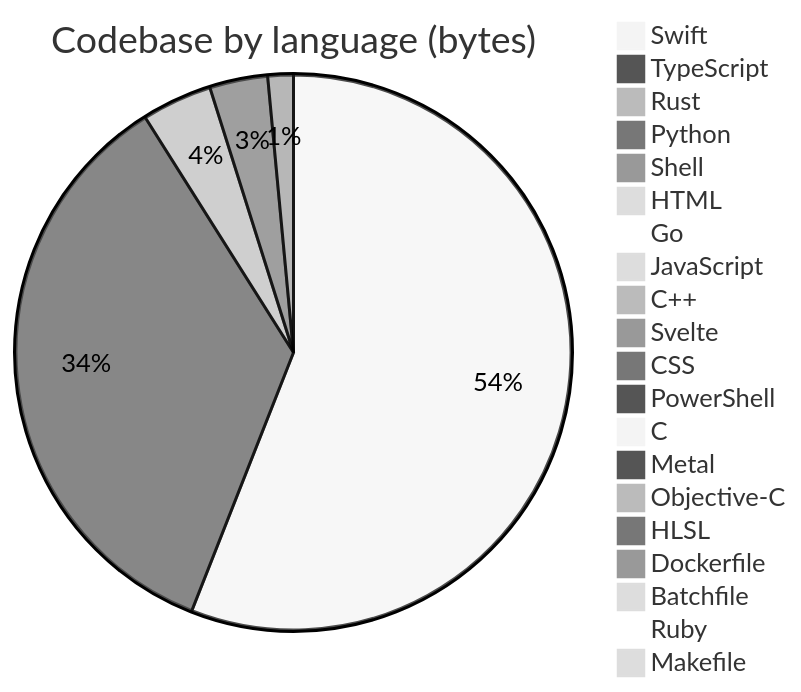
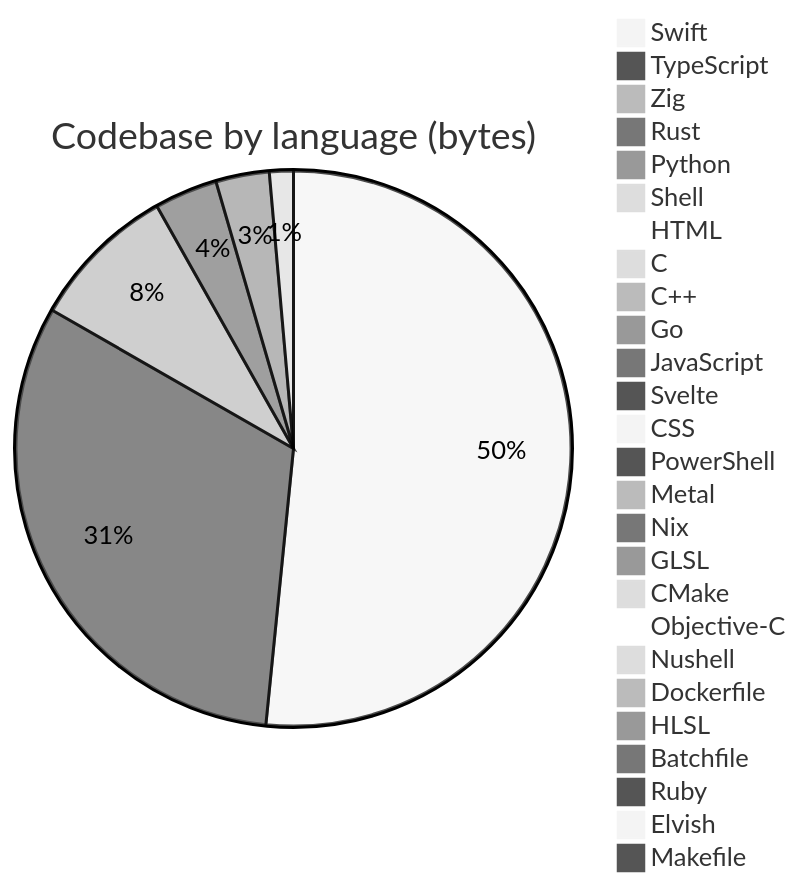
One commit to Open330/.github changed the diagram in profile/README.md. Above: the diagram before and after it, drawn with Mermaid (neutral theme). The commit also changed other lines of this file, not shown here.

````diff
--- a/profile/README.md
+++ b/profile/README.md
@@ -137,23 +144,29 @@
 ```mermaid
 pie title Codebase by language (bytes)
-    "Swift" : 59664735
-    "TypeScript" : 37382156
+    "Swift" : 61358059
+    "TypeScript" : 37696524
+    "Zig" : 10170181
     "Rust" : 4364215
-    "Python" : 3599928
-    "Shell" : 1584149
-    "HTML" : 883205
+    "Python" : 3695779
+    "Shell" : 1655028
+    "HTML" : 946901
+    "C" : 733012
+    "C++" : 728032
     "Go" : 572897
-    "JavaScript" : 557055
-    "C++" : 388775
+    "JavaScript" : 551068
     "Svelte" : 275766
-    "CSS" : 250625
+    "CSS" : 256168
     "PowerShell" : 131318
-    "C" : 125678
-    "Metal" : 33033
-    "Objective-C" : 11658
+    "Metal" : 58290
+    "Nix" : 47837
+    "GLSL" : 31433
+    "CMake" : 16825
+    "Objective-C" : 14285
+    "Nushell" : 13719
+    "Dockerfile" : 8884
     "HLSL" : 7527
-    "Dockerfile" : 6524
     "Batchfile" : 5870
     "Ruby" : 4289
-    "Makefile" : 1150
+    "Elvish" : 4137
+    "Makefile" : 1881
 ```
````
